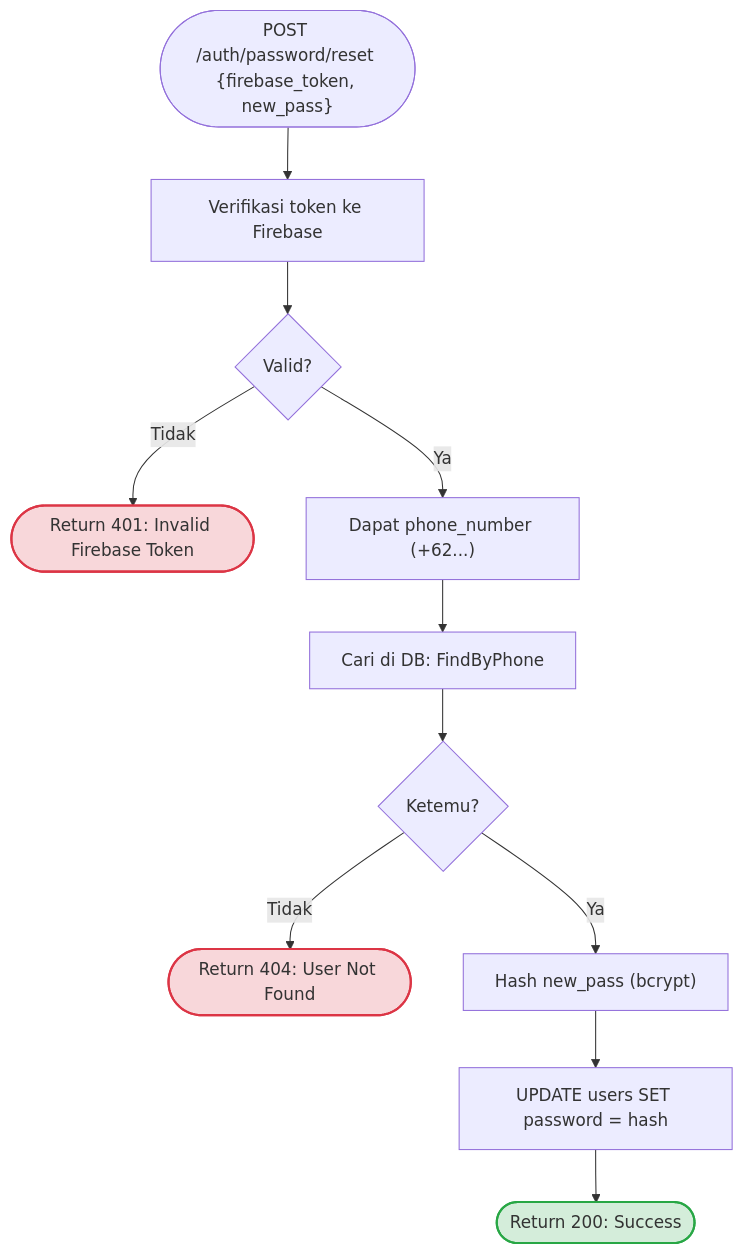
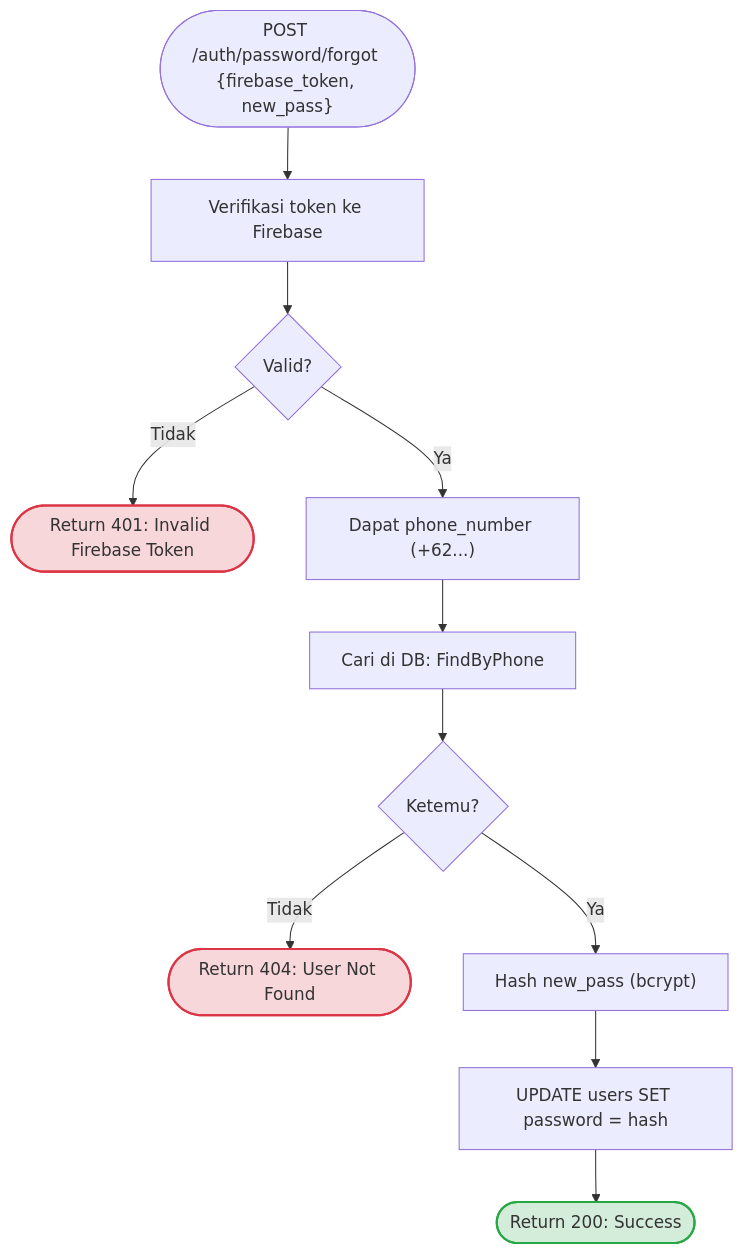
One commit to nunutech40/open-api-free-news changed the sixth of 6 diagrams in docs/AUTH.md. Above: the diagram before and after it, drawn with Mermaid. The commit also changed other lines of this file, not shown here.

Commit message:
docs: revise password reset to be forgot password flow

````diff
--- a/docs/AUTH.md
+++ b/docs/AUTH.md
@@ -264,22 +264,22 @@
 ```mermaid
 flowchart TD
-    Start(["POST /auth/password/reset {firebase_token, new_pass}"]) --> VerifyToken["Verifikasi token ke Firebase"]
+    Start(["POST /auth/password/forgot {firebase_token, new_pass}"]) --> VerifyToken["Verifikasi token ke Firebase"]
     VerifyToken --> IsTokenValid{"Valid?"}
     
     IsTokenValid -- "Tidak" --> Ret401(["Return 401: Invalid Firebase Token"])
     IsTokenValid -- "Ya" --> GetPhone["Dapat phone_number (+62...)"]
     
     GetPhone --> FindDB["Cari di DB: FindByPhone"]
     FindDB --> IsFound{"Ketemu?"}
     
     IsFound -- "Tidak" --> Ret404(["Return 404: User Not Found"])
     IsFound -- "Ya" --> HashPass["Hash new_pass (bcrypt)"]
     
     HashPass --> UpdateDB["UPDATE users SET password = hash"]
     UpdateDB --> Ret200(["Return 200: Success"])
     
     classDef success fill:#d4edda,stroke:#28a745,stroke-width:2px;
     classDef error fill:#f8d7da,stroke:#dc3545,stroke-width:2px;
     class Ret200 success;
     class Ret401,Ret404 error;
 ```
````
